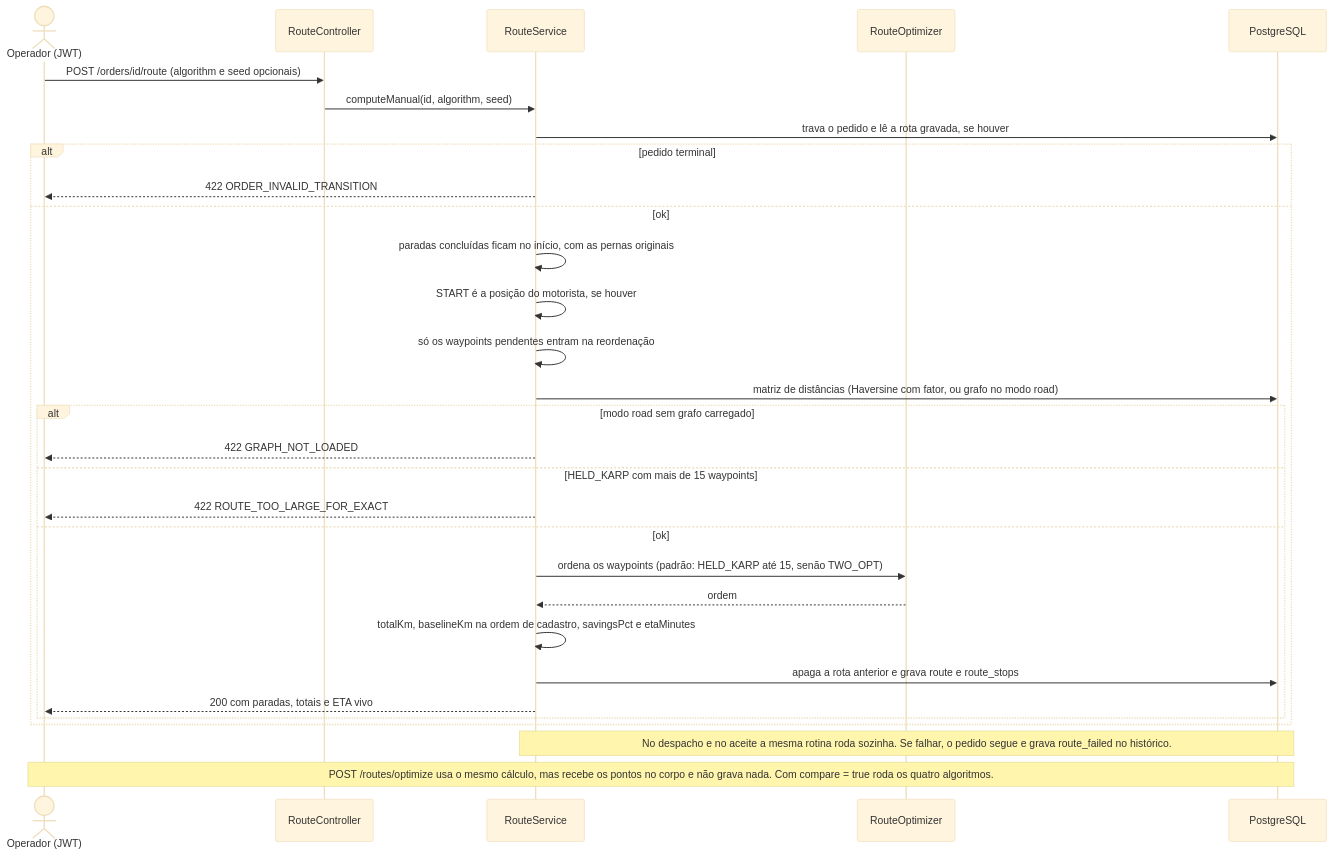
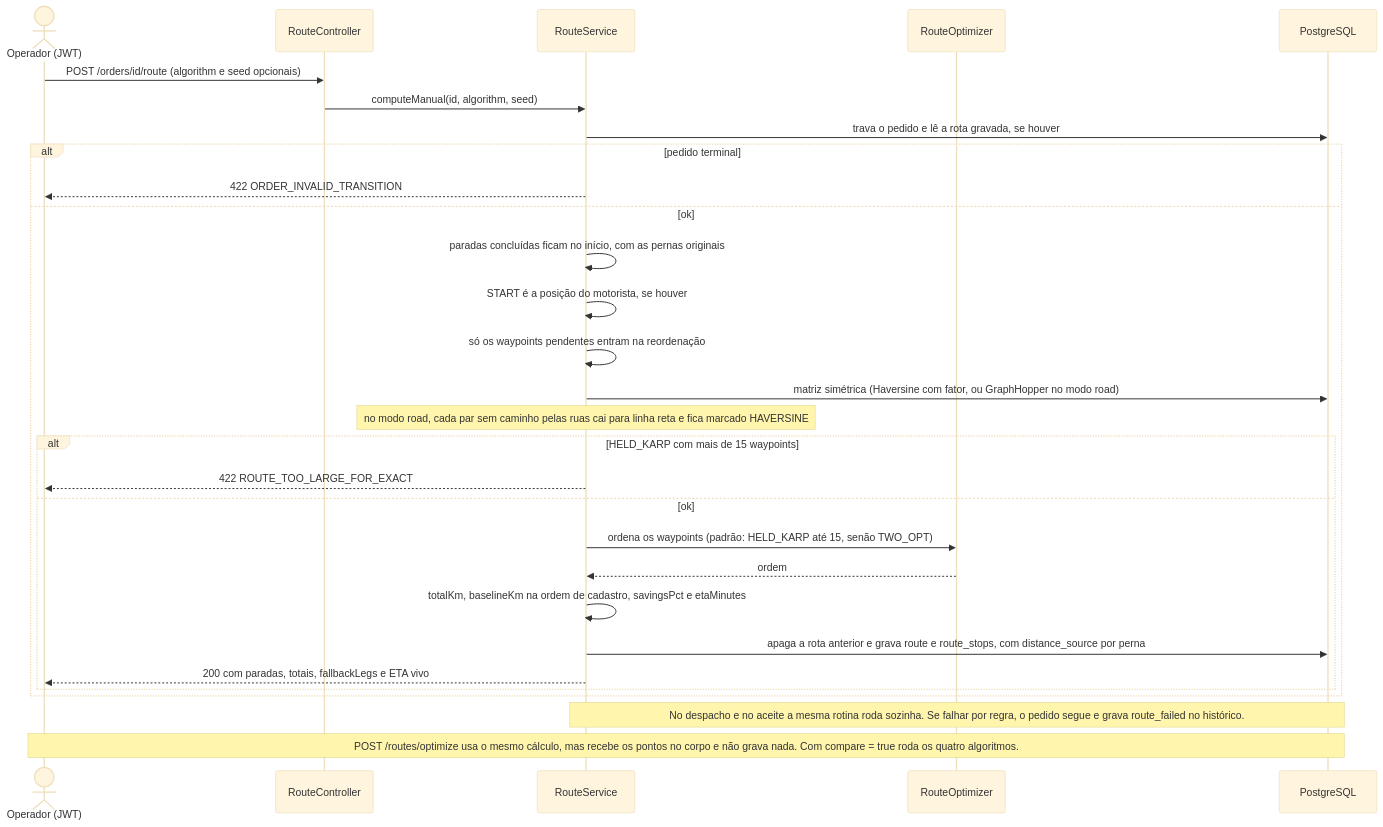
One commit to Edryck/kj-fleets changed the first of 7 diagrams in docs/flows/backend/flow-roteirizacao.md. Above: the diagram before and after it, drawn with Mermaid (base theme). The commit also changed other lines of this file and 10 other files, not shown here.

First line of the commit message:
docs(routing): documenta o modo road com GraphHopper

````diff
--- a/docs/flows/backend/flow-roteirizacao.md
+++ b/docs/flows/backend/flow-roteirizacao.md
@@ -7,33 +7,32 @@
 ```mermaid
 sequenceDiagram
     actor Op as Operador (JWT)
     participant C as RouteController
     participant R as RouteService
     participant O as RouteOptimizer
     participant DB as PostgreSQL
 
     Op->>C: POST /orders/id/route (algorithm e seed opcionais)
     C->>R: computeManual(id, algorithm, seed)
     R->>DB: trava o pedido e lê a rota gravada, se houver
     alt pedido terminal
         R-->>Op: 422 ORDER_INVALID_TRANSITION
     else ok
         R->>R: paradas concluídas ficam no início, com as pernas originais
         R->>R: START é a posição do motorista, se houver
         R->>R: só os waypoints pendentes entram na reordenação
-        R->>DB: matriz de distâncias (Haversine com fator, ou grafo no modo road)
-        alt modo road sem grafo carregado
-            R-->>Op: 422 GRAPH_NOT_LOADED
-        else HELD_KARP com mais de 15 waypoints
+        R->>DB: matriz simétrica (Haversine com fator, ou GraphHopper no modo road)
+        Note over R: no modo road, cada par sem caminho pelas ruas cai para linha reta e fica marcado HAVERSINE
+        alt HELD_KARP com mais de 15 waypoints
             R-->>Op: 422 ROUTE_TOO_LARGE_FOR_EXACT
         else ok
             R->>O: ordena os waypoints (padrão: HELD_KARP até 15, senão TWO_OPT)
             O-->>R: ordem
             R->>R: totalKm, baselineKm na ordem de cadastro, savingsPct e etaMinutes
-            R->>DB: apaga a rota anterior e grava route e route_stops
-            R-->>Op: 200 com paradas, totais e ETA vivo
+            R->>DB: apaga a rota anterior e grava route e route_stops, com distance_source por perna
+            R-->>Op: 200 com paradas, totais, fallbackLegs e ETA vivo
         end
     end
-    Note over R,DB: No despacho e no aceite a mesma rotina roda sozinha. Se falhar, o pedido segue e grava route_failed no histórico.
+    Note over R,DB: No despacho e no aceite a mesma rotina roda sozinha. Se falhar por regra, o pedido segue e grava route_failed no histórico.
     Note over Op,DB: POST /routes/optimize usa o mesmo cálculo, mas recebe os pontos no corpo e não grava nada. Com compare = true roda os quatro algoritmos.
 ```
````
